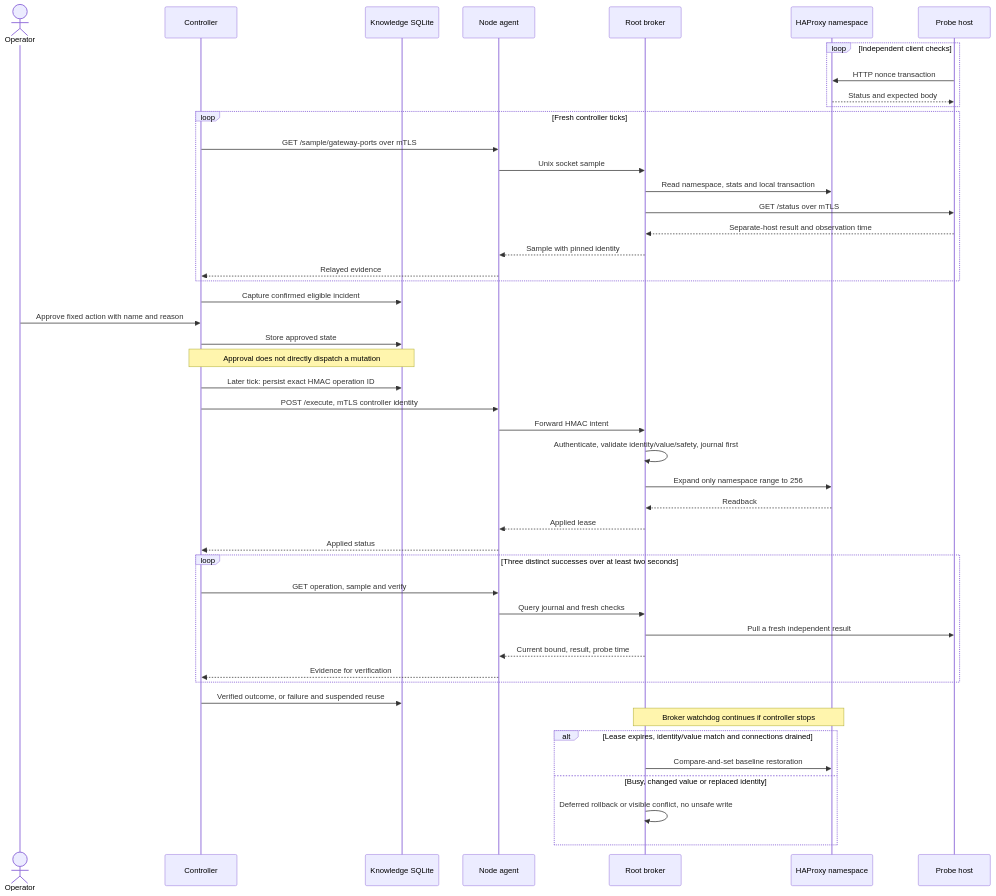
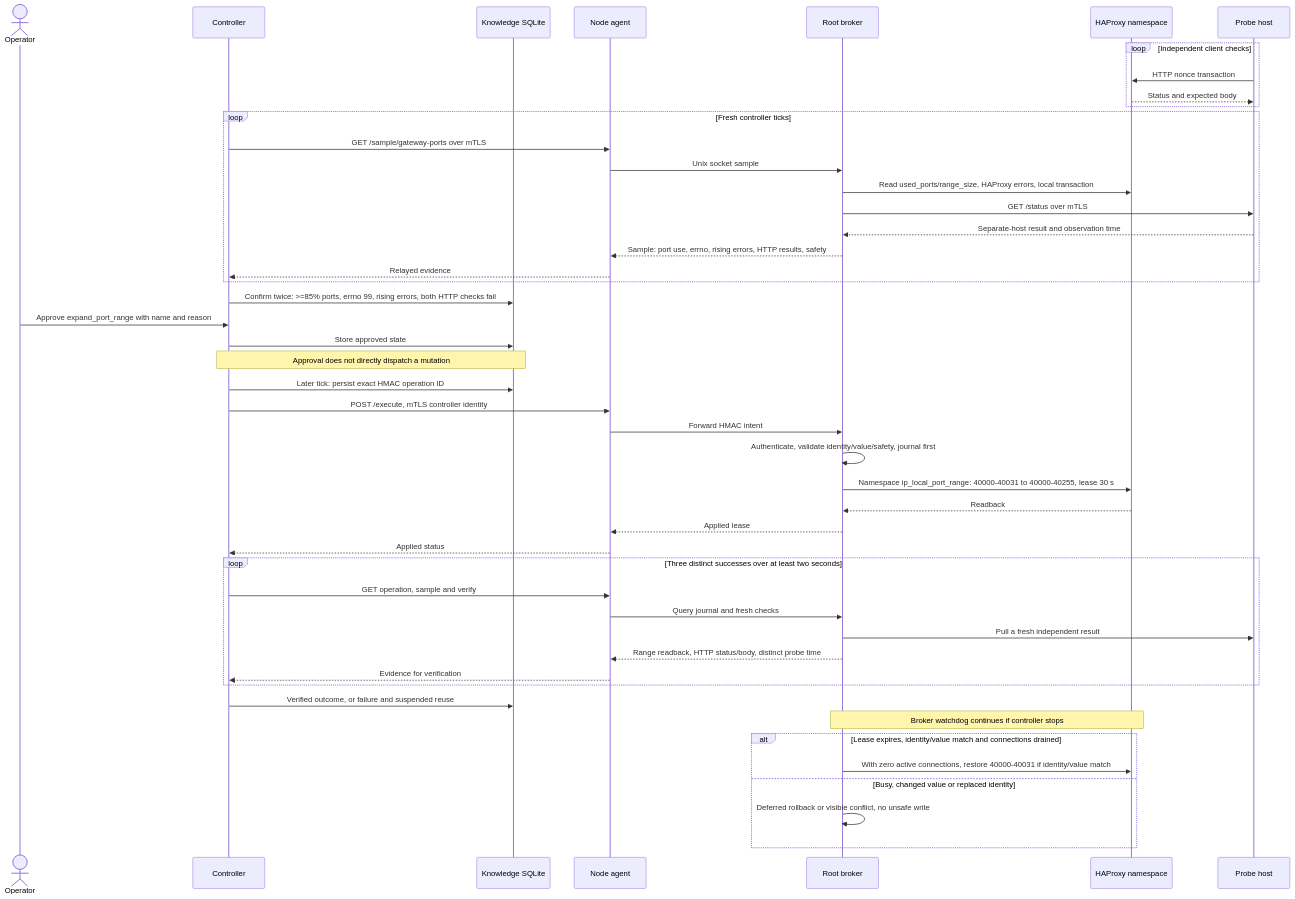
Before and after one commit to TusharShingrani/Self-healing-infrastructure: the diagram in docs/diagrams/incident.mmd, drawn with Mermaid. The commit also changed 6 other files, not shown here.

```diff
--- a/docs/diagrams/incident.mmd
+++ b/docs/diagrams/incident.mmd
@@ -1,47 +1,47 @@
 sequenceDiagram
   actor O as Operator
   participant C as Controller
   participant K as Knowledge SQLite
   participant A as Node agent
   participant B as Root broker
   participant H as HAProxy namespace
   participant P as Probe host
   loop Independent client checks
     P->>H: HTTP nonce transaction
     H-->>P: Status and expected body
   end
   loop Fresh controller ticks
     C->>A: GET /sample/gateway-ports over mTLS
     A->>B: Unix socket sample
-    B->>H: Read namespace, stats and local transaction
+    B->>H: Read used_ports/range_size, HAProxy errors, local transaction
     B->>P: GET /status over mTLS
     P-->>B: Separate-host result and observation time
-    B-->>A: Sample with pinned identity
+    B-->>A: Sample: port use, errno, rising errors, HTTP results, safety
     A-->>C: Relayed evidence
   end
-  C->>K: Capture confirmed eligible incident
-  O->>C: Approve fixed action with name and reason
+  C->>K: Confirm twice: >=85% ports, errno 99, rising errors, both HTTP checks fail
+  O->>C: Approve expand_port_range with name and reason
   C->>K: Store approved state
   Note over C,K: Approval does not directly dispatch a mutation
   C->>K: Later tick: persist exact HMAC operation ID
   C->>A: POST /execute, mTLS controller identity
   A->>B: Forward HMAC intent
   B->>B: Authenticate, validate identity/value/safety, journal first
-  B->>H: Expand only namespace range to 256
+  B->>H: Namespace ip_local_port_range: 40000-40031 to 40000-40255, lease 30 s
   H-->>B: Readback
   B-->>A: Applied lease
   A-->>C: Applied status
   loop Three distinct successes over at least two seconds
     C->>A: GET operation, sample and verify
     A->>B: Query journal and fresh checks
     B->>P: Pull a fresh independent result
-    B-->>A: Current bound, result, probe time
+    B-->>A: Range readback, HTTP status/body, distinct probe time
     A-->>C: Evidence for verification
   end
   C->>K: Verified outcome, or failure and suspended reuse
   Note over B,H: Broker watchdog continues if controller stops
   alt Lease expires, identity/value match and connections drained
-    B->>H: Compare-and-set baseline restoration
+    B->>H: With zero active connections, restore 40000-40031 if identity/value match
   else Busy, changed value or replaced identity
     B->>B: Deferred rollback or visible conflict, no unsafe write
   end
```
